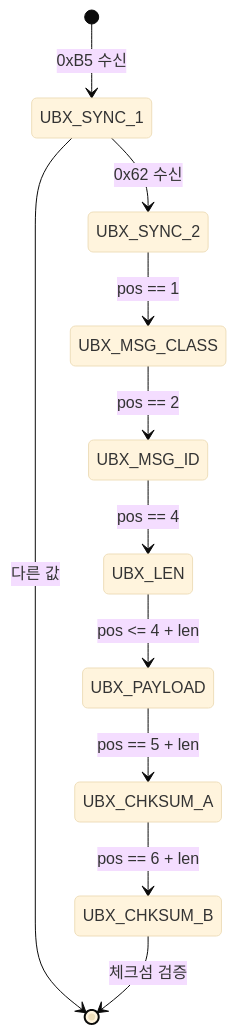
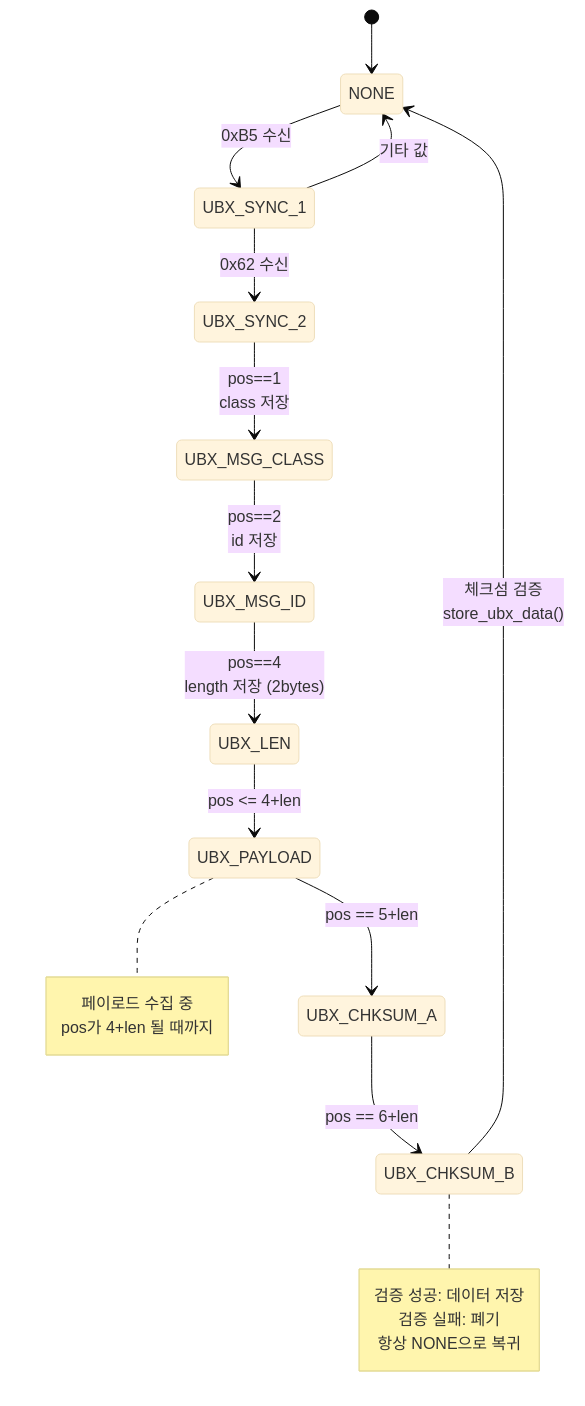
The sixth of 10 diagrams in docs/GPS_LIBRARY.md (mj-kang-iotiz/my_test), drawn with Mermaid (base theme) before and after one commit. The commit also changed other lines of this file and 2 other files, not shown here.

````diff
--- a/docs/GPS_LIBRARY.md
+++ b/docs/GPS_LIBRARY.md
@@ -334,17 +732,34 @@
 ```mermaid
 stateDiagram-v2
-    [*] --> UBX_SYNC_1 : 0xB5 수신
+    [*] --> NONE
+
+    NONE --> UBX_SYNC_1 : 0xB5 수신
 
     UBX_SYNC_1 --> UBX_SYNC_2 : 0x62 수신
-    UBX_SYNC_1 --> [*] : 다른 값
+    UBX_SYNC_1 --> NONE : 기타 값
 
-    UBX_SYNC_2 --> UBX_MSG_CLASS : pos == 1
-    UBX_MSG_CLASS --> UBX_MSG_ID : pos == 2
-    UBX_MSG_ID --> UBX_LEN : pos == 4
+    UBX_SYNC_2 --> UBX_MSG_CLASS : pos==1<br/>class 저장
 
-    UBX_LEN --> UBX_PAYLOAD : pos <= 4 + len
-    UBX_PAYLOAD --> UBX_CHKSUM_A : pos == 5 + len
-    UBX_CHKSUM_A --> UBX_CHKSUM_B : pos == 6 + len
+    UBX_MSG_CLASS --> UBX_MSG_ID : pos==2<br/>id 저장
 
-    UBX_CHKSUM_B --> [*] : 체크섬 검증
+    UBX_MSG_ID --> UBX_LEN : pos==4<br/>length 저장 (2bytes)
+
+    UBX_LEN --> UBX_PAYLOAD : pos <= 4+len
+
+    UBX_PAYLOAD --> UBX_CHKSUM_A : pos == 5+len
+
+    UBX_CHKSUM_A --> UBX_CHKSUM_B : pos == 6+len
+
+    UBX_CHKSUM_B --> NONE : 체크섬 검증<br/>store_ubx_data()
+
+    note right of UBX_PAYLOAD
+        페이로드 수집 중
+        pos가 4+len 될 때까지
+    end note
+
+    note right of UBX_CHKSUM_B
+        검증 성공: 데이터 저장
+        검증 실패: 폐기
+        항상 NONE으로 복귀
+    end note
 ```
````
